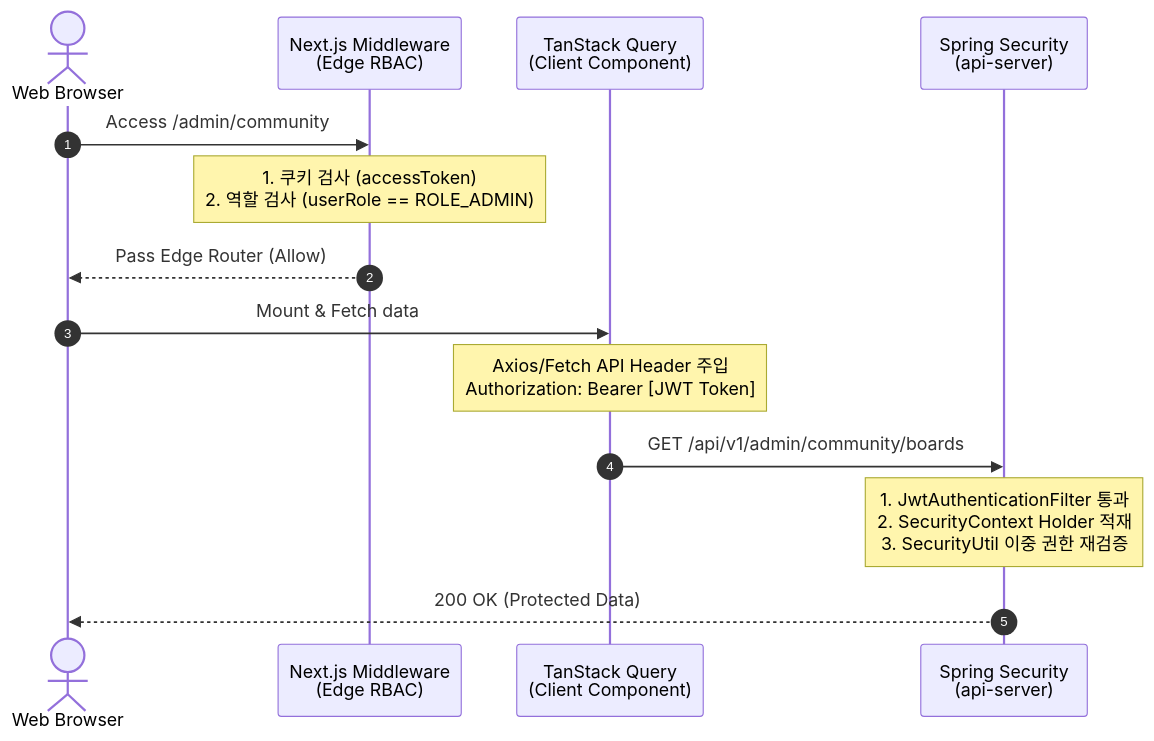
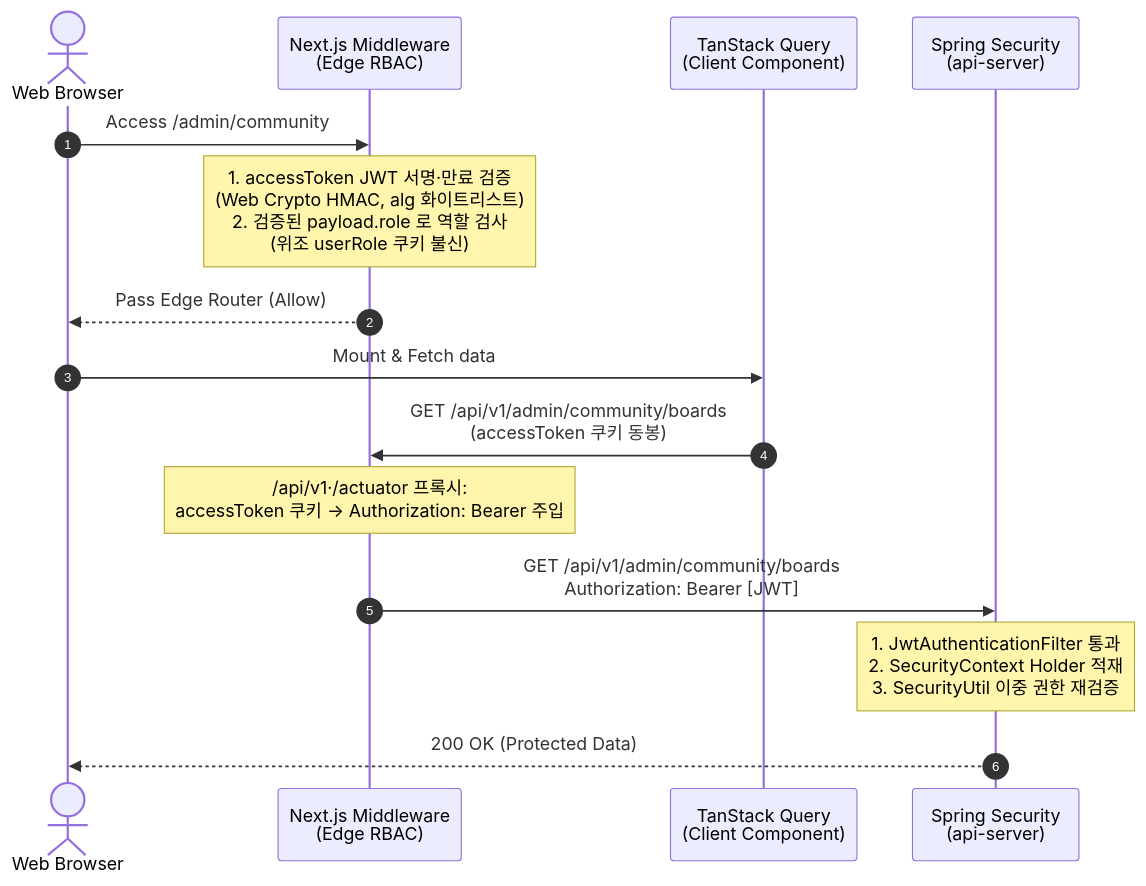
Before and after one commit to lkindo/egov-enterprise: the diagram in docs/03-guides/security-hardening-playbook.md, drawn with Mermaid. The commit also changed other lines of this file and 15 other files, not shown here.

````diff
--- a/docs/03-guides/security-hardening-playbook.md
+++ b/docs/03-guides/security-hardening-playbook.md
@@ -11,19 +11,20 @@
 ```mermaid
 sequenceDiagram
     autonumber
     actor User as Web Browser
     participant Mid as Next.js Middleware<br>(Edge RBAC)
     participant Client as TanStack Query<br>(Client Component)
     participant BE as Spring Security<br>(api-server)
 
     User->>Mid: Access /admin/community
-    Note over Mid: 1. 쿠키 검사 (accessToken)<br>2. 역할 검사 (userRole == ROLE_ADMIN)
+    Note over Mid: 1. accessToken JWT 서명·만료 검증<br>(Web Crypto HMAC, alg 화이트리스트)<br>2. 검증된 payload.role 로 역할 검사<br>(위조 userRole 쿠키 불신)
     Mid-->>User: Pass Edge Router (Allow)
     
     User->>Client: Mount & Fetch data
-    Note over Client: Axios/Fetch API Header 주입<br>Authorization: Bearer [JWT Token]
-    Client->>BE: GET /api/v1/admin/community/boards
+    Client->>Mid: GET /api/v1/admin/community/boards<br>(accessToken 쿠키 동봉)
+    Note over Mid: /api/v1·/actuator 프록시:<br>accessToken 쿠키 → Authorization: Bearer 주입
+    Mid->>BE: GET /api/v1/admin/community/boards<br>Authorization: Bearer [JWT]
     
     Note over BE: 1. JwtAuthenticationFilter 통과<br>2. SecurityContext Holder 적재<br>3. SecurityUtil 이중 권한 재검증
     BE-->>User: 200 OK (Protected Data)
 ```
````
